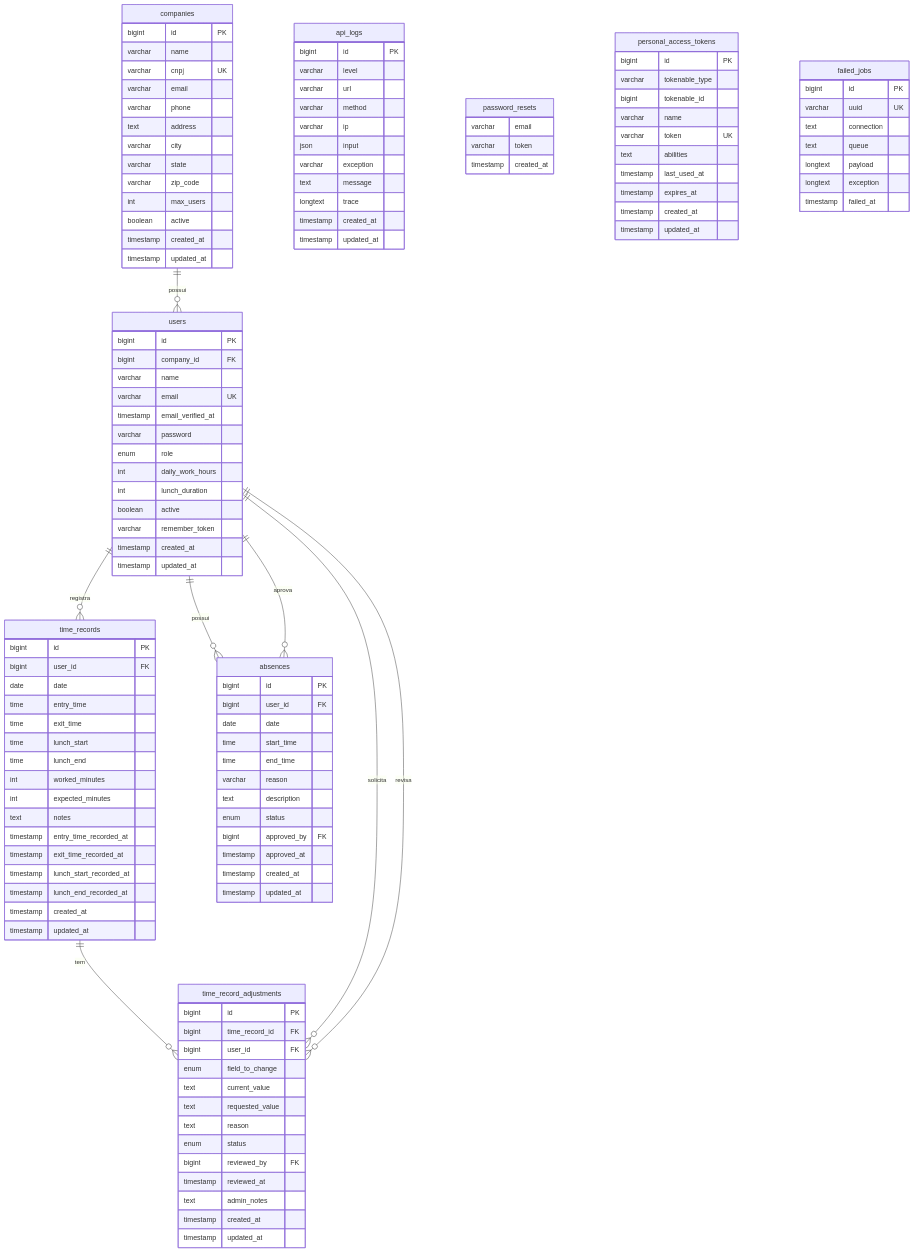
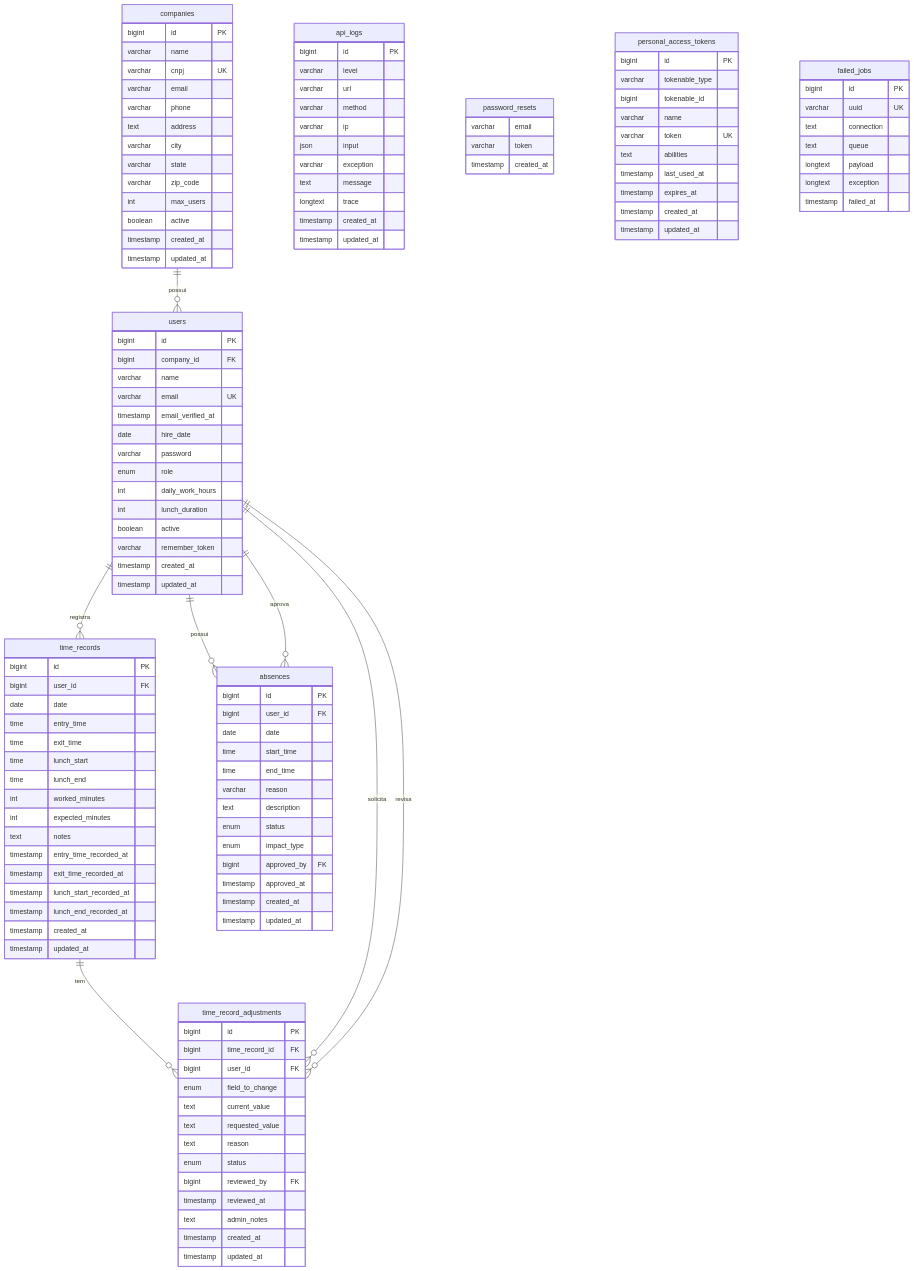
One commit to felipe-dorigan/sistema_ponto-api changed the diagram in docs/database-diagram.md. Above: the diagram before and after it, drawn with Mermaid. The commit also changed other lines of this file, not shown here.

First line of the commit message:
docs(database): atualizar documentação com melhorias do schema

```diff
--- a/docs/database-diagram.md
+++ b/docs/database-diagram.md
@@ -34,6 +34,7 @@
         varchar name
         varchar email UK
         timestamp email_verified_at
+        date hire_date
         varchar password
         enum role
         int daily_work_hours
@@ -72,6 +73,7 @@
         varchar reason
         text description
         enum status
+        enum impact_type
         bigint approved_by FK
         timestamp approved_at
         timestamp created_at
```
